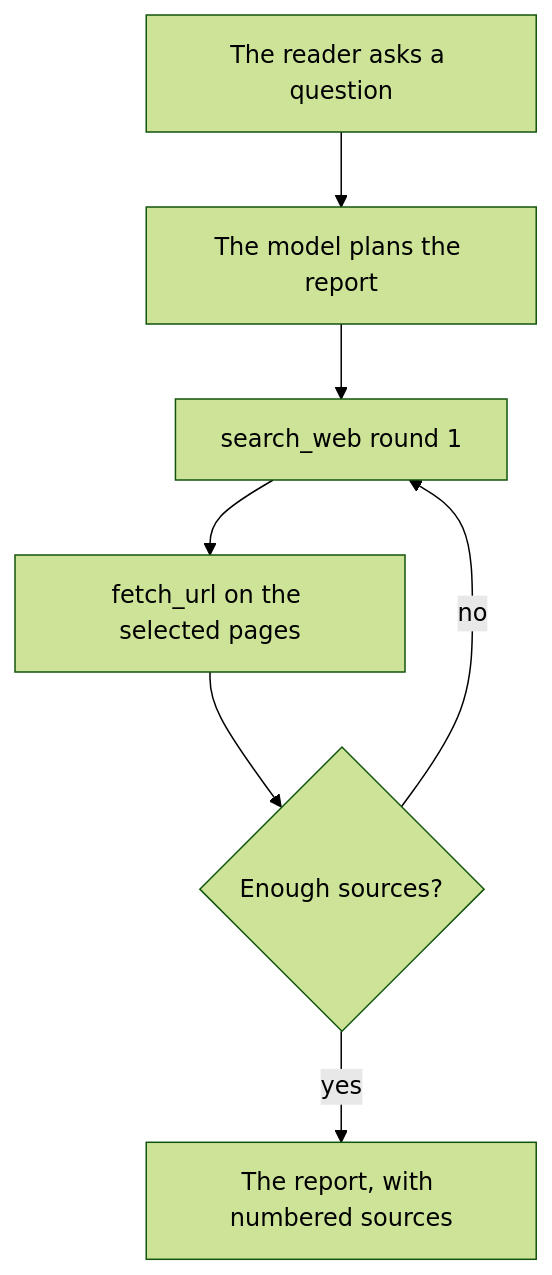
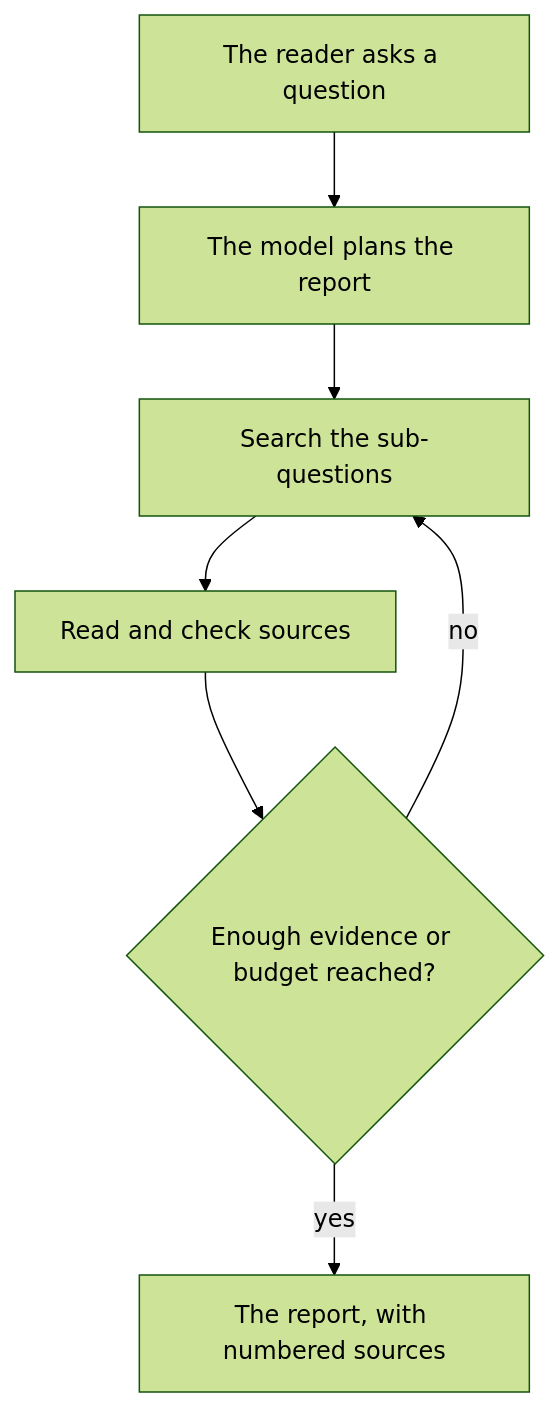
The diagram in docs/integrations/owui/deep-research.md (nemoe7/daedalus), drawn with Mermaid (forest theme) before and after one commit. The commit also changed other lines of this file and 2 other files, not shown here.

````diff
--- a/docs/integrations/owui/deep-research.md
+++ b/docs/integrations/owui/deep-research.md
@@ -7,9 +7,9 @@
 ```mermaid
 flowchart TD
   A[The reader asks a question] --> B[The model plans the report]
-  B --> C[search_web round 1]
-  C --> D[fetch_url on the selected pages]
-  D --> E{Enough sources?}
+  B --> C[Search the sub-questions]
+  C --> D[Read and check sources]
+  D --> E{Enough evidence or budget reached?}
   E -- no --> C
   E -- yes --> F[The report, with numbered sources]
 ```
````
